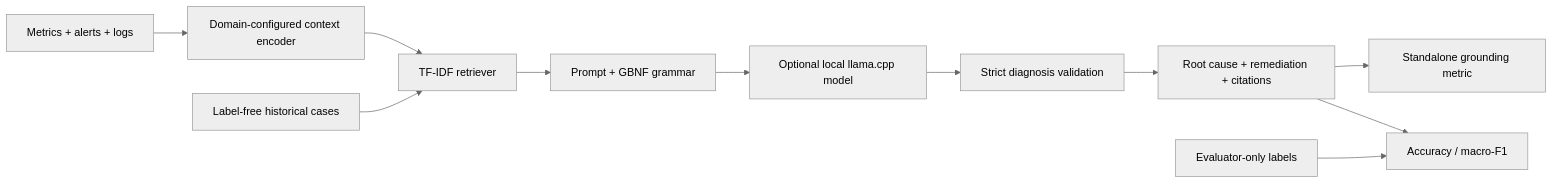
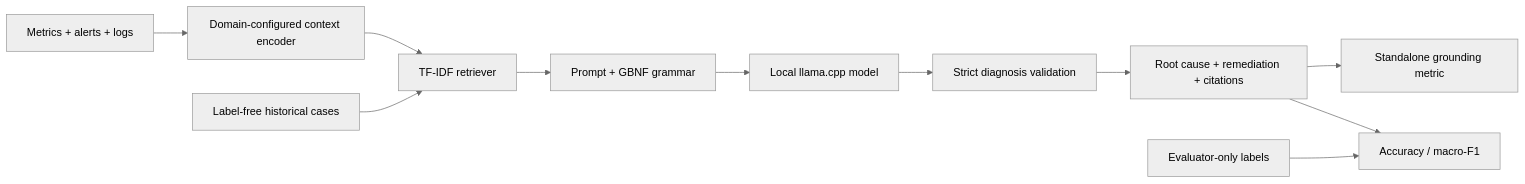
One commit to TanishqX-404/groundedx changed the diagram in README.md. Above: the diagram before and after it, drawn with Mermaid (neutral theme). The commit also changed other lines of this file and 151 other files, not shown here.

````diff
--- a/README.md
+++ b/README.md
@@ -29,13 +38,13 @@
 ```mermaid
 flowchart LR
   A[Metrics + alerts + logs] --> B[Domain-configured context encoder]
   B --> C[TF-IDF retriever]
   D[Label-free historical cases] --> C
   C --> E[Prompt + GBNF grammar]
-  E --> F[Optional local llama.cpp model]
+  E --> F[Local llama.cpp model]
   F --> G[Strict diagnosis validation]
   G --> H[Root cause + remediation + citations]
   H --> I[Standalone grounding metric]
   J[Evaluator-only labels] --> K[Accuracy / macro-F1]
   H --> K
 ```
````
